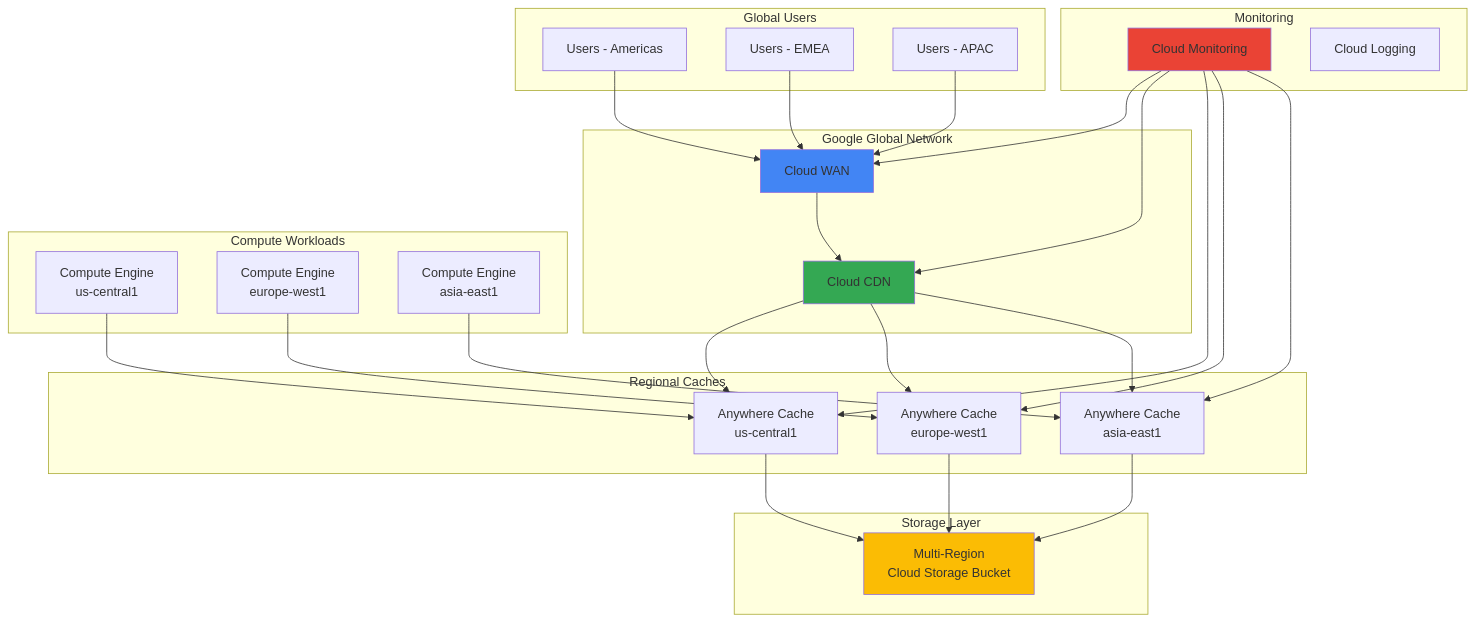
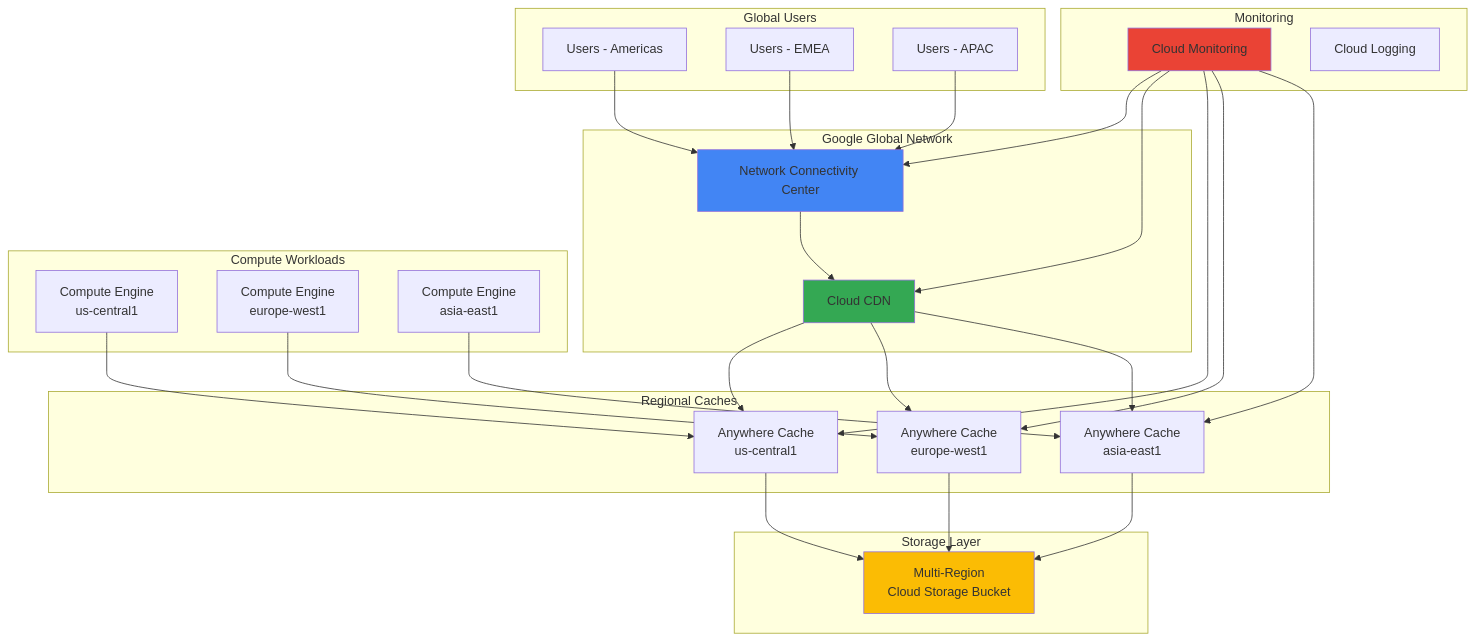
The diagram in gcp/global-content-delivery-infrastructure-cloud-wan-anywhere-cache/global-content-delivery-infrastructure-cloud-wan-anywhere-cache.md (mzazon/awesome-cloud-projects), drawn with Mermaid before and after one commit. The commit also changed other lines of this file and 5581 other files, not shown here.

````diff
--- a/gcp/global-content-delivery-infrastructure-cloud-wan-anywhere-cache/global-content-delivery-infrastructure-cloud-wan-anywhere-cache.md
+++ b/gcp/global-content-delivery-infrastructure-cloud-wan-anywhere-cache/global-content-delivery-infrastructure-cloud-wan-anywhere-cache.md
@@ -30,62 +30,62 @@
 ```mermaid
 graph TB
     subgraph "Global Users"
         USER1[Users - Americas]
         USER2[Users - EMEA]
         USER3[Users - APAC]
     end
     
     subgraph "Google Global Network"
-        WAN[Cloud WAN]
+        NCC[Network Connectivity Center]
         CDN[Cloud CDN]
     end
     
     subgraph "Regional Caches"
         CACHE1[Anywhere Cache<br/>us-central1]
         CACHE2[Anywhere Cache<br/>europe-west1]
         CACHE3[Anywhere Cache<br/>asia-east1]
     end
     
     subgraph "Storage Layer"
         BUCKET[Multi-Region<br/>Cloud Storage Bucket]
     end
     
     subgraph "Monitoring"
         MON[Cloud Monitoring]
         LOGS[Cloud Logging]
     end
     
     subgraph "Compute Workloads"
         COMP1[Compute Engine<br/>us-central1]
         COMP2[Compute Engine<br/>europe-west1]
         COMP3[Compute Engine<br/>asia-east1]
     end
     
-    USER1 --> WAN
-    USER2 --> WAN
-    USER3 --> WAN
+    USER1 --> NCC
+    USER2 --> NCC
+    USER3 --> NCC
     
-    WAN --> CDN
+    NCC --> CDN
     CDN --> CACHE1
     CDN --> CACHE2
     CDN --> CACHE3
     
     CACHE1 --> BUCKET
     CACHE2 --> BUCKET
     CACHE3 --> BUCKET
     
     COMP1 --> CACHE1
     COMP2 --> CACHE2
     COMP3 --> CACHE3
     
-    MON --> WAN
+    MON --> NCC
     MON --> CDN
     MON --> CACHE1
     MON --> CACHE2
     MON --> CACHE3
     
-    style WAN fill:#4285F4
+    style NCC fill:#4285F4
     style CDN fill:#34A853
     style BUCKET fill:#FBBC04
     style MON fill:#EA4335
 ```
````
